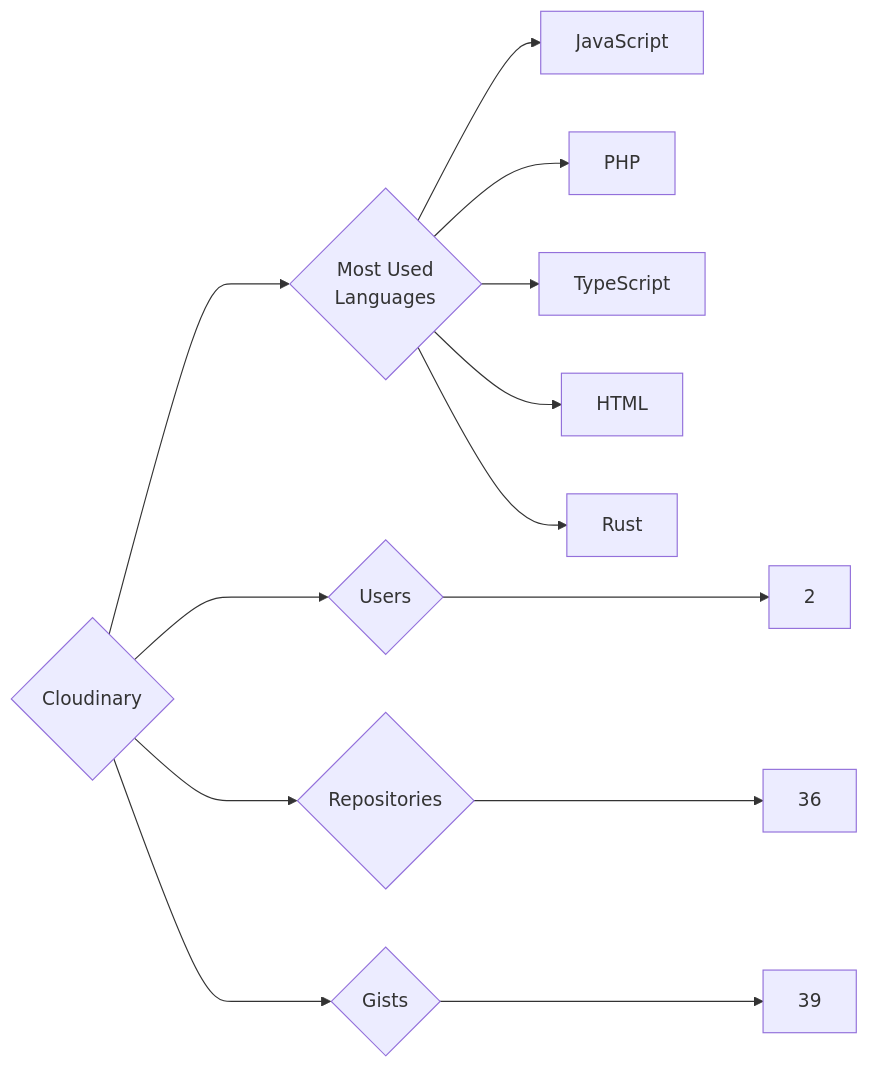
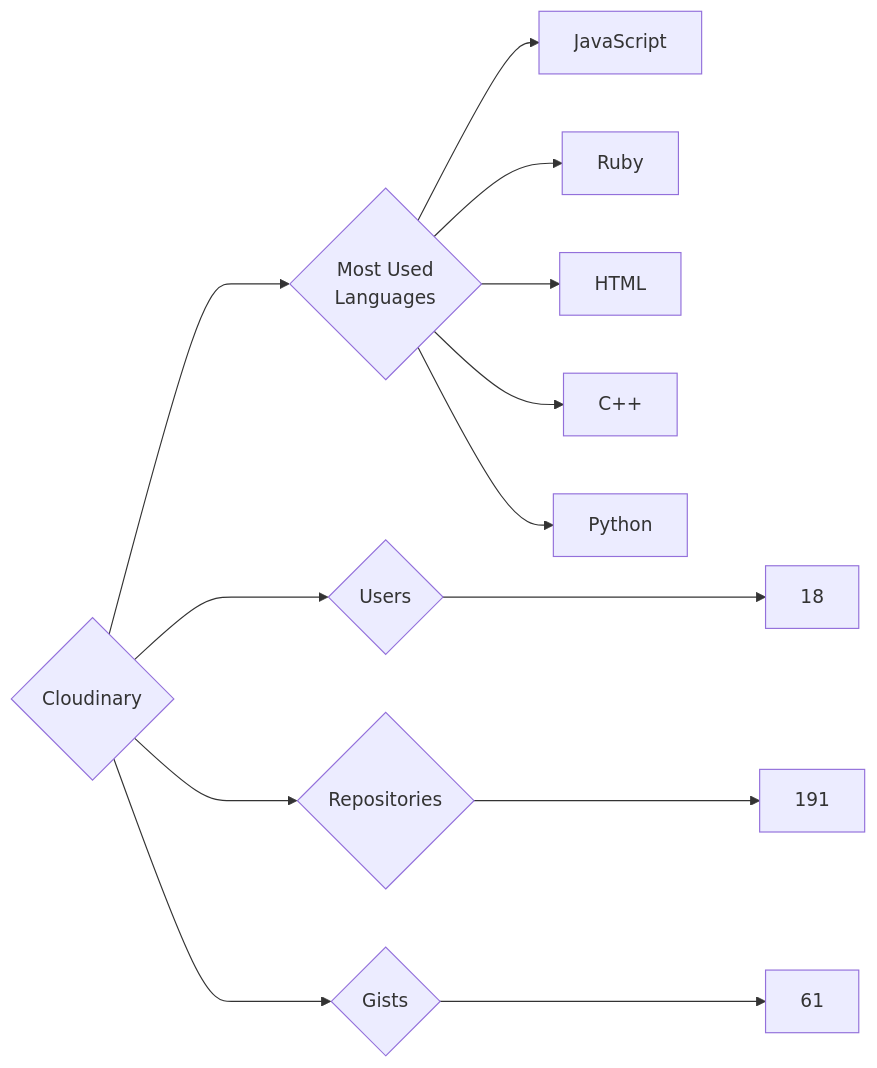
Before and after one commit to trickest/insiders: the diagram in targets/Cloudinary/README.md, drawn with Mermaid. The commit also changed 951 other files, not shown here.

````diff
--- a/targets/Cloudinary/README.md
+++ b/targets/Cloudinary/README.md
@@ -3,13 +3,13 @@
 ```mermaid
 graph LR
 COMPANY_NAME{Cloudinary}
-COMPANY_NAME ---> U{Users} ---> UN[2]
-COMPANY_NAME ---> R{Repositories} ---> RN[36]
-COMPANY_NAME ---> G{Gists} ---> GN[39]
+COMPANY_NAME ---> U{Users} ---> UN[18]
+COMPANY_NAME ---> R{Repositories} ---> RN[191]
+COMPANY_NAME ---> G{Gists} ---> GN[61]
 COMPANY_NAME ---> ML{Most Used<br>Languages}
 ML --> JavaScript[JavaScript]
-ML --> PHP[PHP]
-ML --> TypeScript[TypeScript]
+ML --> Ruby[Ruby]
 ML --> HTML[HTML]
-ML --> Rust[Rust]
+ML --> C++[C++]
+ML --> Python[Python]
 ```
````
